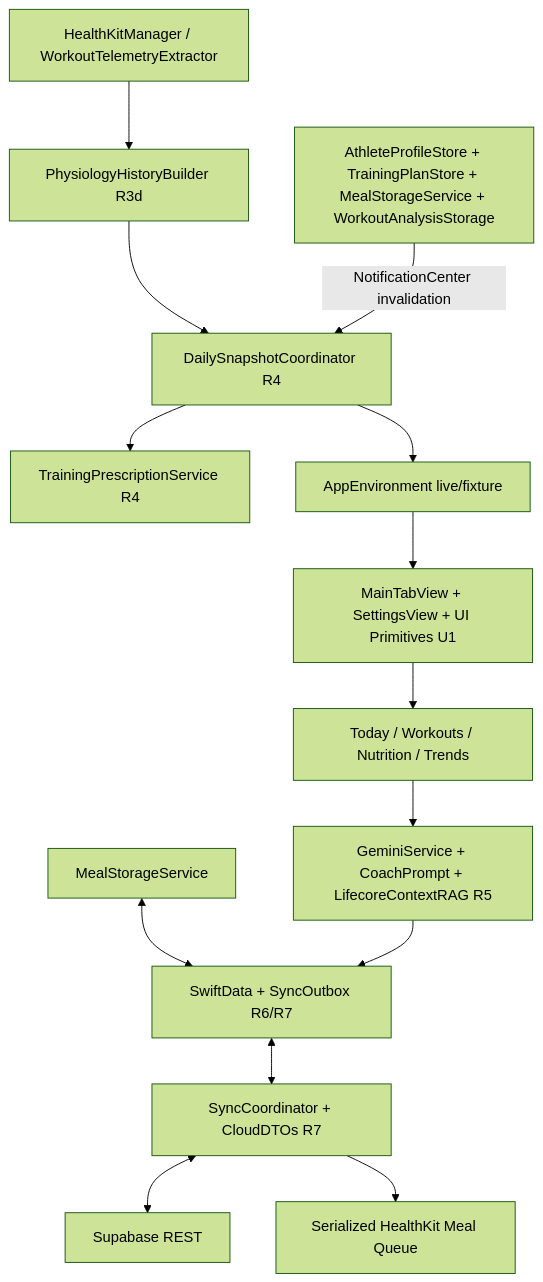
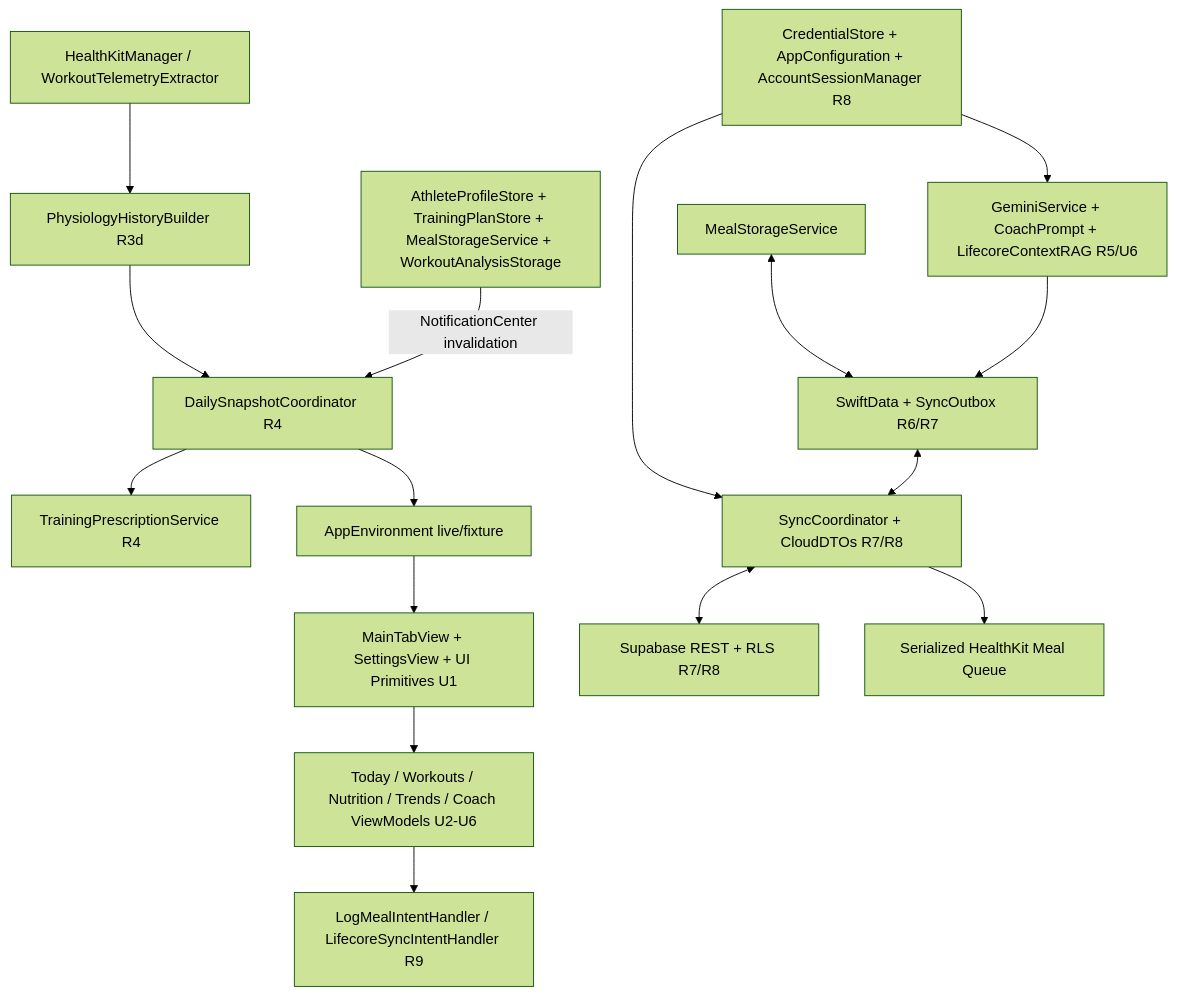
Before and after one commit to skycherepanya/calories-bot-mvp: the diagram in docs/ARCHITECTURE.md, drawn with Mermaid (forest theme). The commit also changed other lines of this file and 52 other files, not shown here.

Commit message:
feat: complete R8-R9 configuration and intents and U2-U6 vertical slices

````diff
--- a/docs/ARCHITECTURE.md
+++ b/docs/ARCHITECTURE.md
@@ -13,16 +13,18 @@
 ```mermaid
 flowchart TD
     HK[HealthKitManager / WorkoutTelemetryExtractor] --> HB[PhysiologyHistoryBuilder R3d]
     HB --> DSC[DailySnapshotCoordinator R4]
     STORES[AthleteProfileStore + TrainingPlanStore + MealStorageService + WorkoutAnalysisStorage] -->|NotificationCenter invalidation| DSC
     DSC --> TPS[TrainingPrescriptionService R4]
     DSC --> ENV[AppEnvironment live/fixture]
+    CFG[CredentialStore + AppConfiguration + AccountSessionManager R8] --> G[GeminiService + CoachPrompt + LifecoreContextRAG R5/U6]
+    CFG --> SC[SyncCoordinator + CloudDTOs R7/R8]
     ENV --> SHELL[MainTabView + SettingsView + UI Primitives U1]
-    SHELL --> TABS[Today / Workouts / Nutrition / Trends]
+    SHELL --> VMs[Today / Workouts / Nutrition / Trends / Coach ViewModels U2-U6]
+    VMs --> INTENTS[LogMealIntentHandler / LifecoreSyncIntentHandler R9]
     M[MealStorageService] <--> SD[SwiftData + SyncOutbox R6/R7]
-    SD <--> SC[SyncCoordinator + CloudDTOs R7]
-    SC <--> SB[Supabase REST]
+    SD <--> SC
+    SC <--> SB[Supabase REST + RLS R7/R8]
     SC --> HKW[Serialized HealthKit Meal Queue]
-    TABS --> G[GeminiService + CoachPrompt + LifecoreContextRAG R5]
     G --> SD
 ```
````
